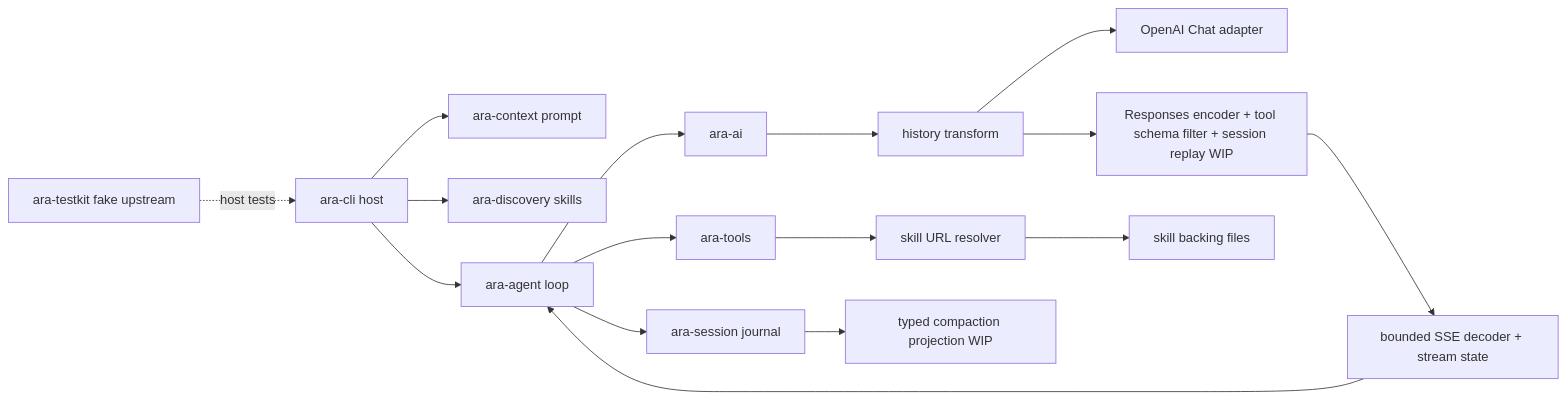
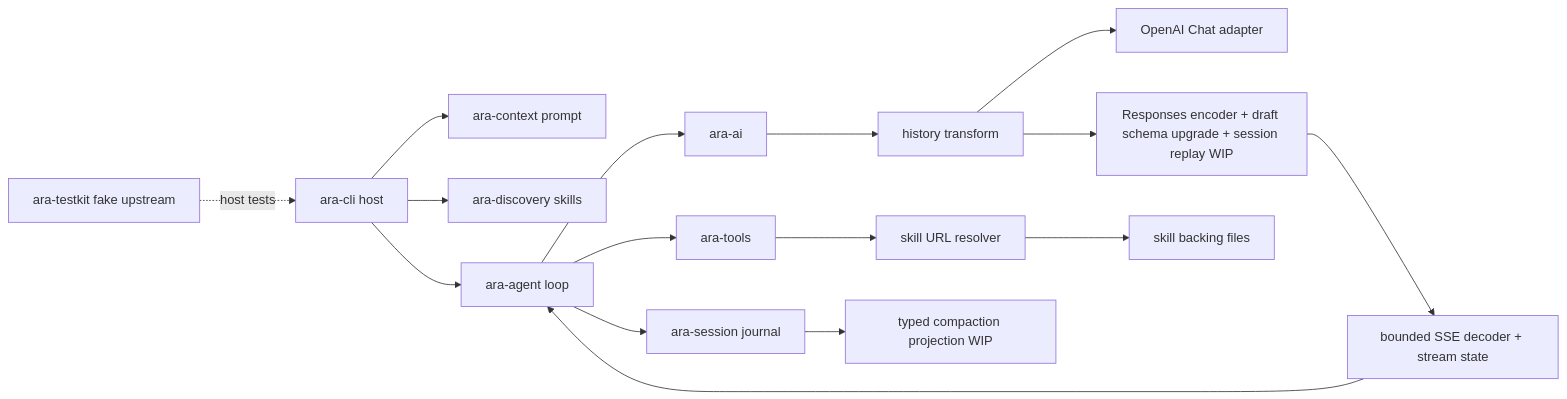
One commit to ZZray/ara changed the diagram in docs/handoffs/2026-09-27.md. Above: the diagram before and after it, drawn with Mermaid. The commit also changed other lines of this file and 6 other files, not shown here.

Commit message:
WIP: upgrade legacy Responses tool schemas on the wire

````diff
--- a/docs/handoffs/2026-09-27.md
+++ b/docs/handoffs/2026-09-27.md
@@ -70,18 +71,18 @@
 ```mermaid
 flowchart LR
     CLI[ara-cli host] --> CTX[ara-context prompt]
     CLI --> DISC[ara-discovery skills]
     CLI --> AGT[ara-agent loop]
     AGT --> AI[ara-ai]
     AI --> XFORM[history transform]
     XFORM --> PROVIDER[OpenAI Chat adapter]
-    XFORM --> RESP[Responses encoder + tool schema filter + session replay WIP]
+    XFORM --> RESP[Responses encoder + draft schema upgrade + session replay WIP]
     RESP --> SSE[bounded SSE decoder + stream state]
     SSE --> AGT
     AGT --> TOOLS[ara-tools]
     TOOLS --> URL[skill URL resolver]
     URL --> FS[skill backing files]
     AGT --> SES[ara-session journal]
     SES --> PROJ[typed compaction projection WIP]
     TK[ara-testkit fake upstream] -. host tests .-> CLI
 ```
````
